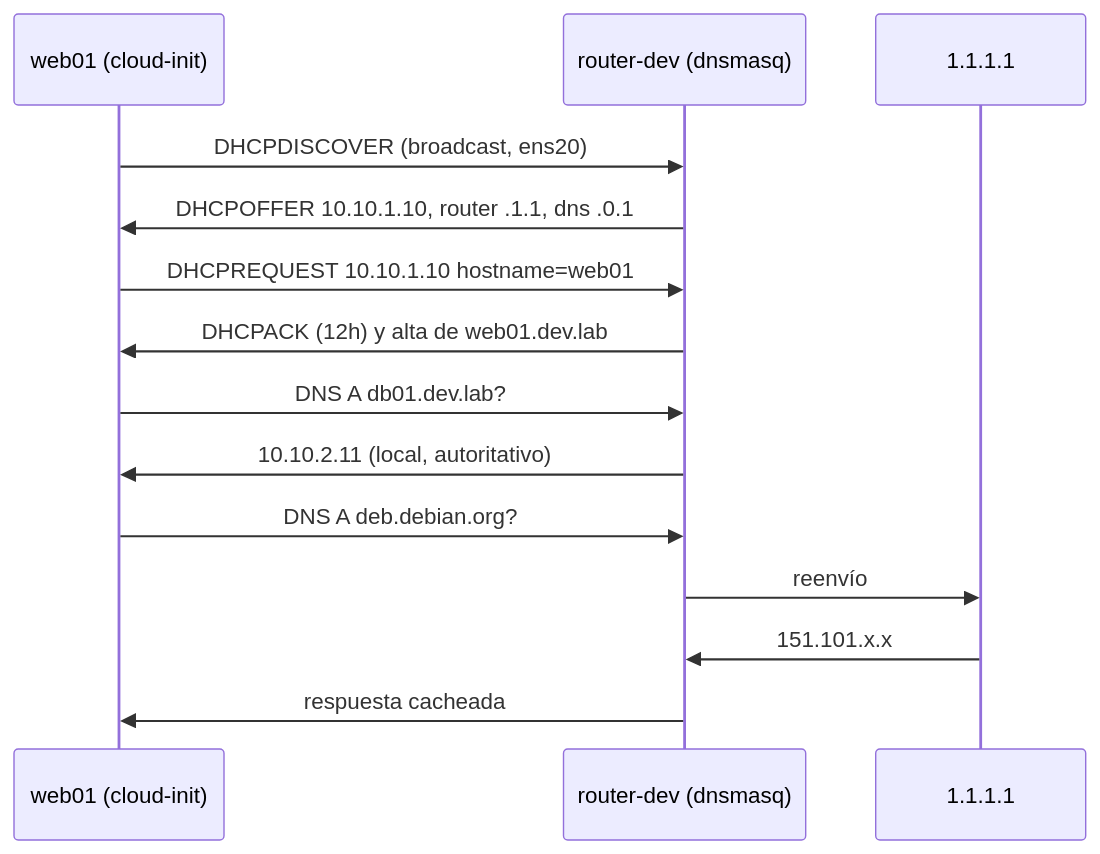
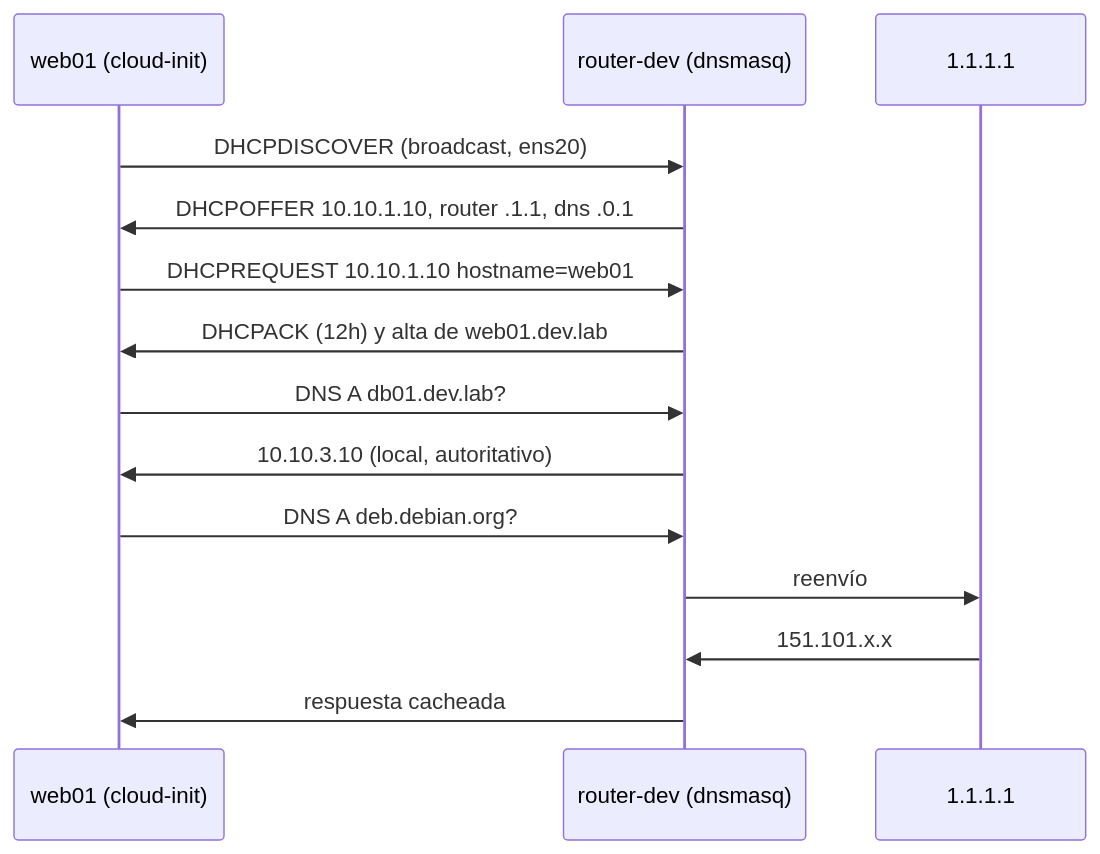
Before and after one commit to victor-educ/apuntes-5166: the fifth of 8 diagrams in docs/ut/ut2-vpc.md, drawn with Mermaid. The commit also changed other lines of this file and 15 other files, not shown here.

````diff
--- a/docs/ut/ut2-vpc.md
+++ b/docs/ut/ut2-vpc.md
@@ -556,16 +553,16 @@
 ```mermaid
 sequenceDiagram
     participant W as web01 (cloud-init)
     participant R as router-dev (dnsmasq)
     participant D as 1.1.1.1
     W->>R: DHCPDISCOVER (broadcast, ens20)
     R->>W: DHCPOFFER 10.10.1.10, router .1.1, dns .0.1
     W->>R: DHCPREQUEST 10.10.1.10 hostname=web01
     R->>W: DHCPACK (12h) y alta de web01.dev.lab
     W->>R: DNS A db01.dev.lab?
-    R->>W: 10.10.2.11 (local, autoritativo)
+    R->>W: 10.10.3.10 (local, autoritativo)
     W->>R: DNS A deb.debian.org?
     R->>D: reenvío
     D->>R: 151.101.x.x
     R->>W: respuesta cacheada
 ```
````
